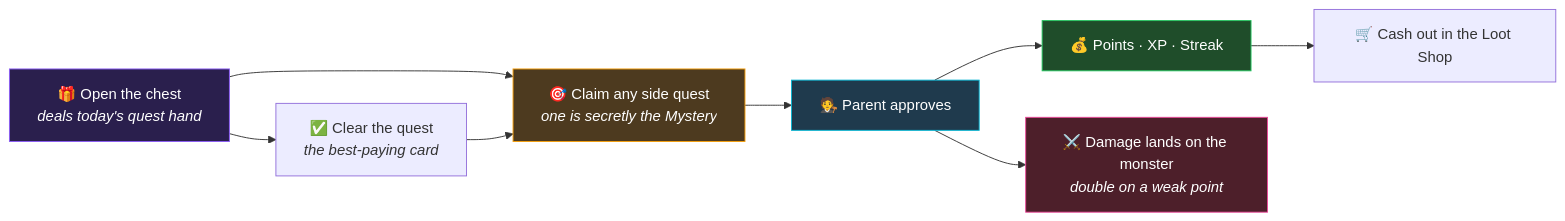
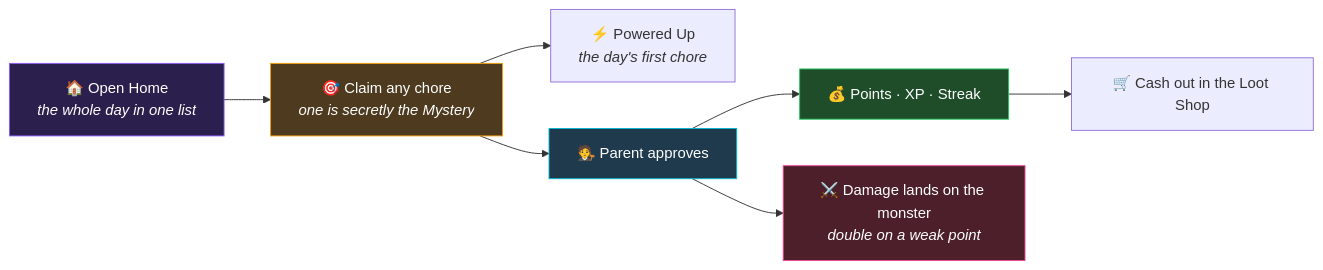
The diagram in README.md (developworkwright/levelup-chores), drawn with Mermaid before and after one commit. The commit also changed other lines of this file, not shown here.

````diff
--- a/README.md
+++ b/README.md
@@ -44,16 +44,15 @@
 ```mermaid
 flowchart LR
-    A["🎁 Open the chest<br/><i>deals today's quest hand</i>"] --> B["✅ Clear the quest<br/><i>the best-paying card</i>"]
-    A --> D["🎯 Claim any side quest<br/><i>one is secretly the Mystery</i>"]
-    B --> D
+    A["🏠 Open Home<br/><i>the whole day in one list</i>"] --> D["🎯 Claim any chore<br/><i>one is secretly the Mystery</i>"]
+    D --> B["⚡ Powered Up<br/><i>the day's first chore</i>"]
     D --> E["🧑‍⚖️ Parent approves"]
     E --> F["💰 Points · XP · Streak"]
     E --> H["⚔️ Damage lands on the monster<br/><i>double on a weak point</i>"]
     F --> G["🛒 Cash out in the Loot Shop"]
 
     style A fill:#2a1f4d,stroke:#8b5cf6,color:#fff
     style D fill:#4d3a1f,stroke:#f59e0b,color:#fff
     style E fill:#1f3a4d,stroke:#06b6d4,color:#fff
     style F fill:#1f4d2a,stroke:#22c55e,color:#fff
     style H fill:#4d1f2a,stroke:#ec4899,color:#fff
 ```
````
